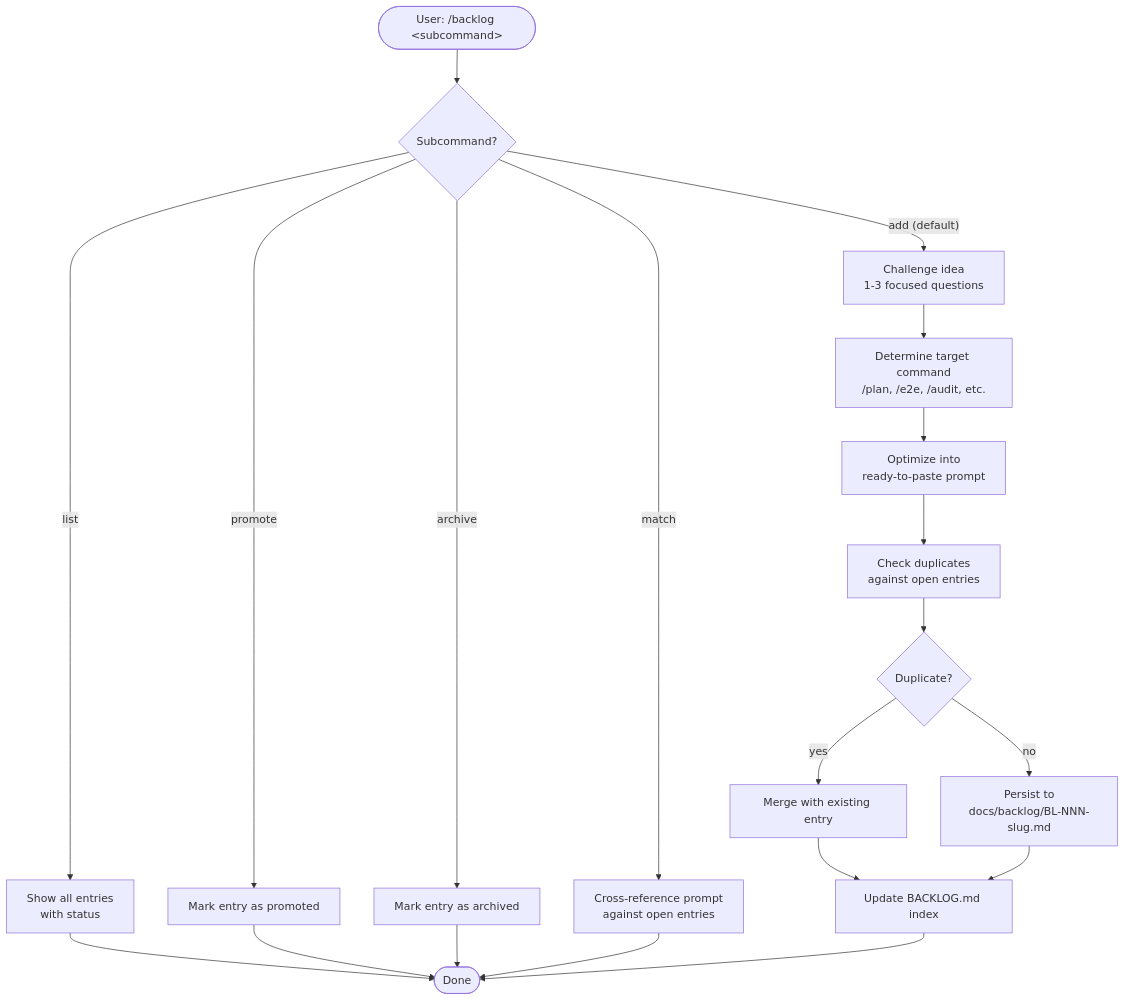
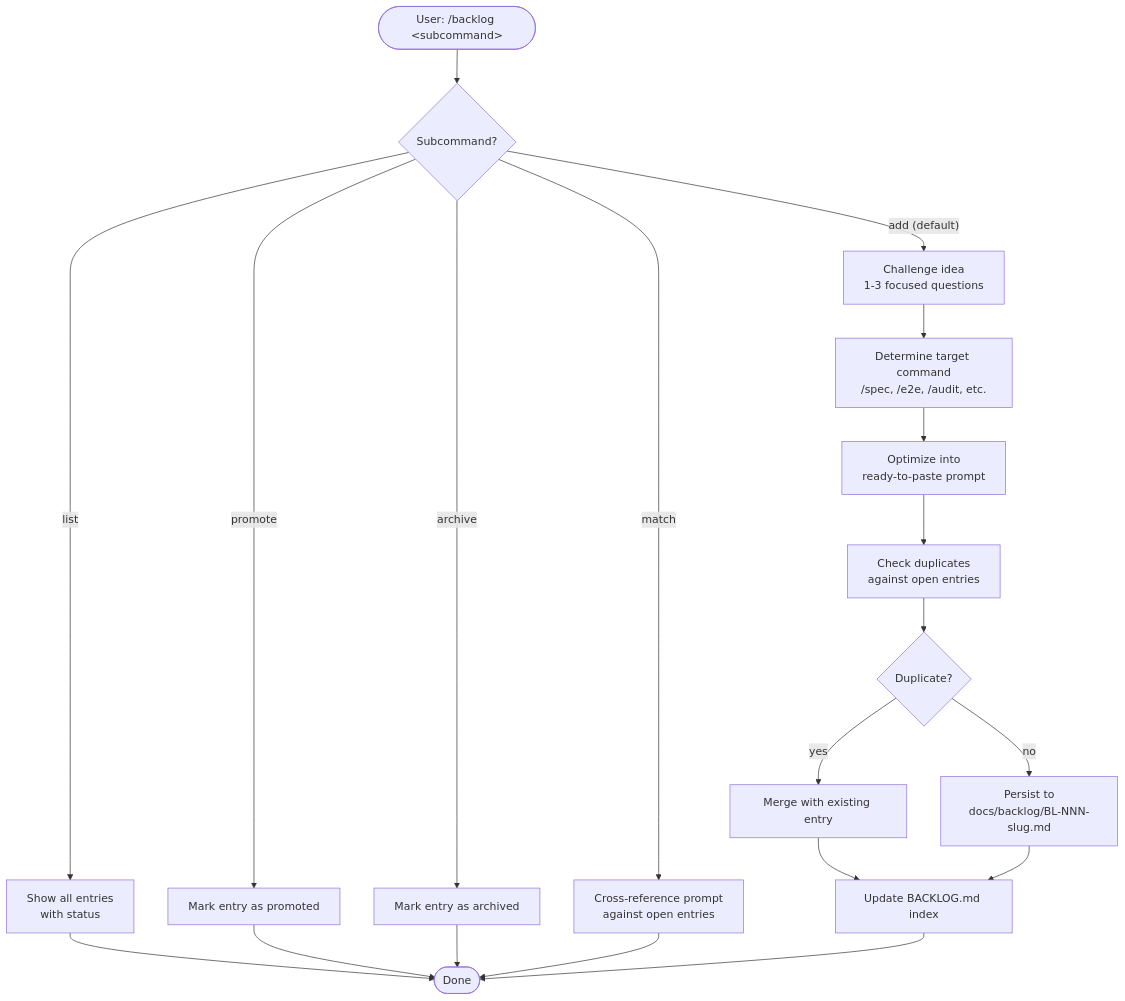
One commit to LEBOCQTitouan/everything-claude-code changed the diagram in docs/diagrams/cmd-backlog.md. Above: the diagram before and after it, drawn with Mermaid. The commit also changed 59 other files, not shown here.

First line of the commit message:
refactor: update all references from plan/solution to spec/design (BL-045)

````diff
--- a/docs/diagrams/cmd-backlog.md
+++ b/docs/diagrams/cmd-backlog.md
@@ -5,25 +5,25 @@
 ```mermaid
 flowchart TD
     START(["User: /backlog &lt;subcommand&gt;"]) --> SUB{Subcommand?}
 
     SUB -->|"add (default)"| CHALLENGE["Challenge idea<br/>1-3 focused questions"]
     SUB -->|list| LIST["Show all entries<br/>with status"]
     SUB -->|promote| PROMOTE["Mark entry as promoted"]
     SUB -->|archive| ARCHIVE["Mark entry as archived"]
     SUB -->|match| MATCH["Cross-reference prompt<br/>against open entries"]
 
-    CHALLENGE --> TARGET["Determine target command<br/>/plan, /e2e, /audit, etc."]
+    CHALLENGE --> TARGET["Determine target command<br/>/spec, /e2e, /audit, etc."]
     TARGET --> OPTIMIZE["Optimize into<br/>ready-to-paste prompt"]
     OPTIMIZE --> DEDUP["Check duplicates<br/>against open entries"]
     DEDUP --> DUP{Duplicate?}
     DUP -->|yes| MERGE["Merge with existing entry"]
     DUP -->|no| PERSIST["Persist to<br/>docs/backlog/BL-NNN-slug.md"]
     MERGE --> INDEX["Update BACKLOG.md index"]
     PERSIST --> INDEX
 
     LIST --> DONE(["Done"])
     PROMOTE --> DONE
     ARCHIVE --> DONE
     MATCH --> DONE
     INDEX --> DONE
 ```
````
